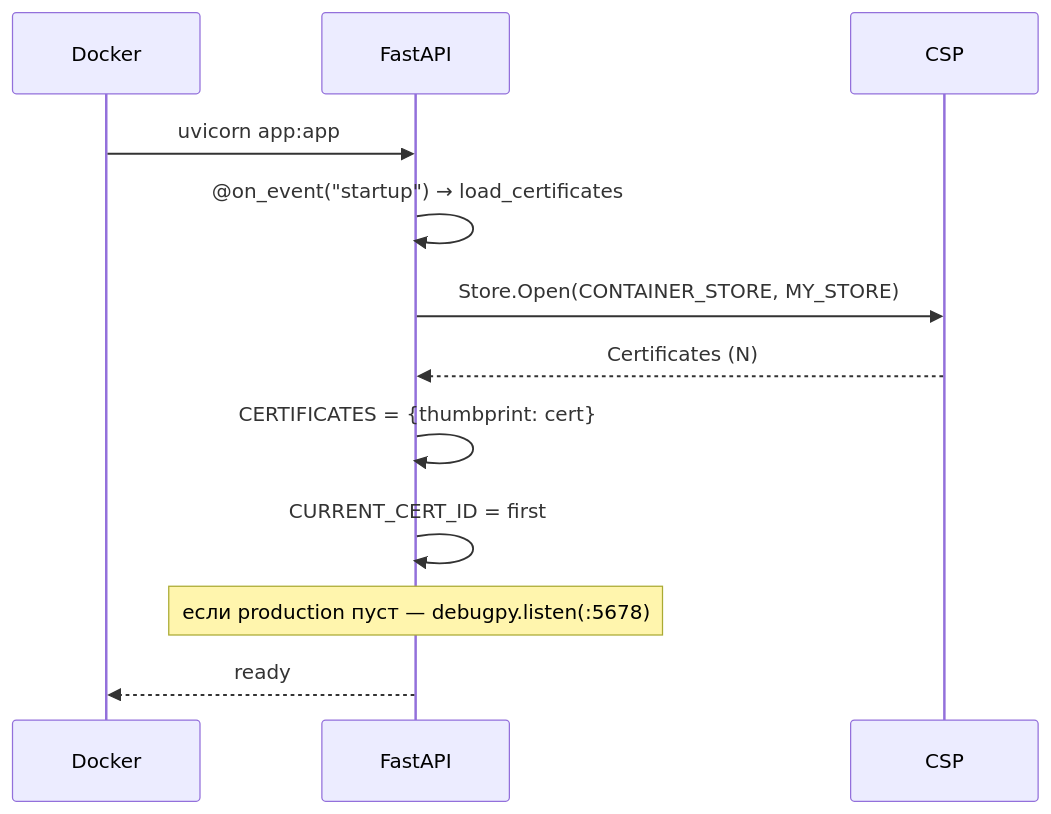
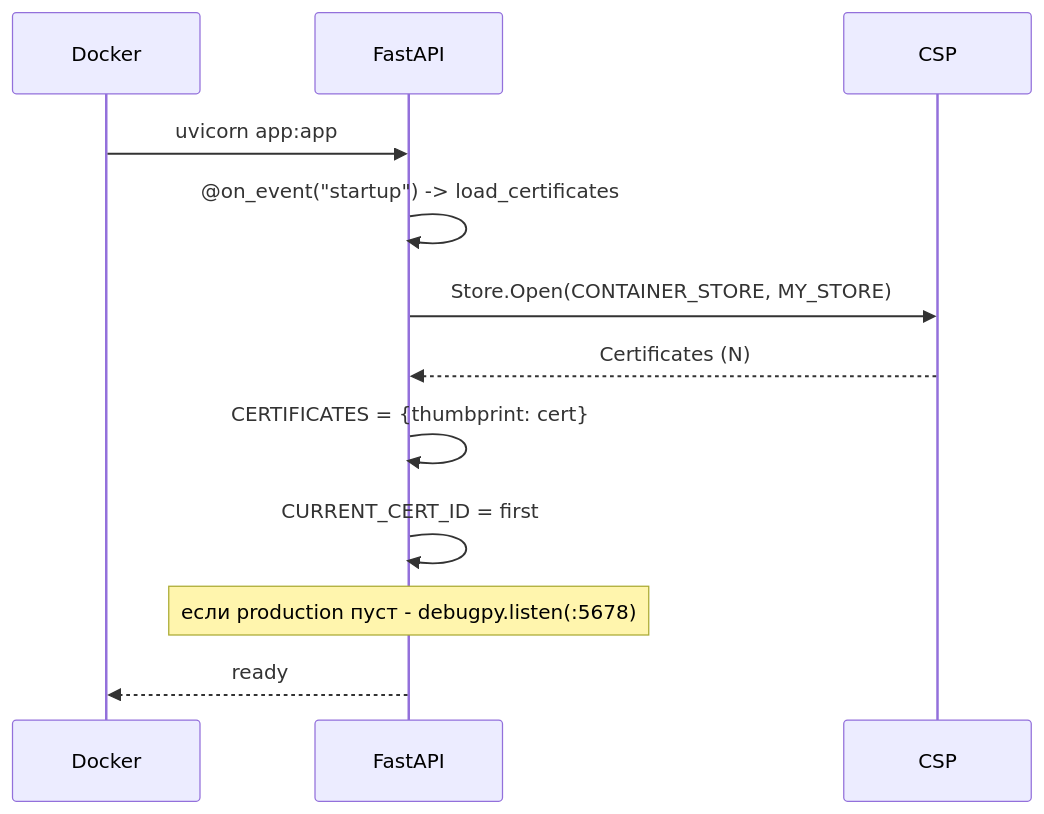
One commit to yellow444/epgu changed the fifth of 5 diagrams in docs/sequence-diagrams.md. Above: the diagram before and after it, drawn with Mermaid. The commit also changed other lines of this file and 28 other files, not shown here.

````diff
--- a/docs/sequence-diagrams.md
+++ b/docs/sequence-diagrams.md
@@ -85,15 +85,15 @@
 ```mermaid
 sequenceDiagram
     participant Docker
     participant App as FastAPI
     participant CSP
 
     Docker->>App: uvicorn app:app
-    App->>App: @on_event("startup") → load_certificates
+    App->>App: @on_event("startup") -> load_certificates
     App->>CSP: Store.Open(CONTAINER_STORE, MY_STORE)
     CSP-->>App: Certificates (N)
     App->>App: CERTIFICATES = {thumbprint: cert}
     App->>App: CURRENT_CERT_ID = first
-    Note over App: если production пуст — debugpy.listen(:5678)
+    Note over App: если production пуст - debugpy.listen(:5678)
     App-->>Docker: ready
 ```
````
